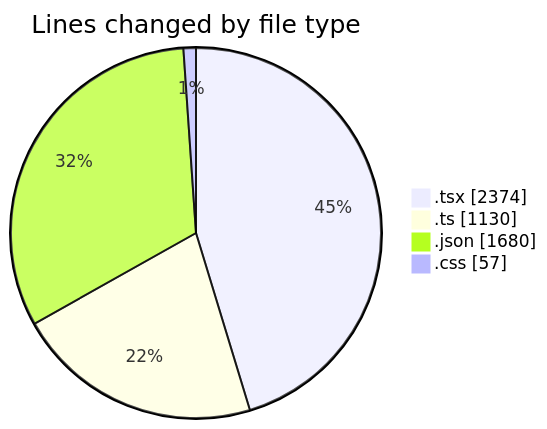
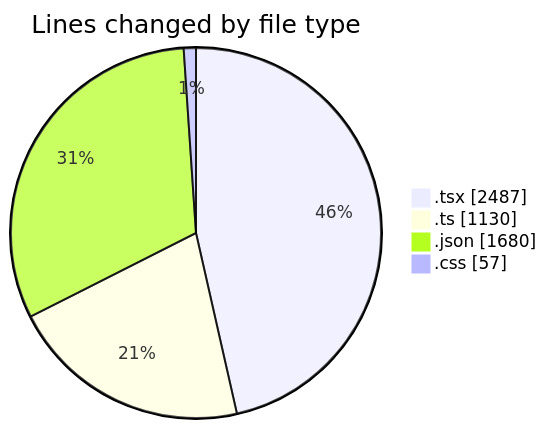
Before and after one commit to julien-gomy/code-tracking: the first of 2 diagrams in 2025-10-09/eventscop-frontend-guide__workspace_/README.md, drawn with Mermaid. The commit also changed other lines of this file and 1 other file, not shown here.

````diff
--- a/2025-10-09/eventscop-frontend-guide__workspace_/README.md
+++ b/2025-10-09/eventscop-frontend-guide__workspace_/README.md
@@ -44,8 +47,8 @@
 ```mermaid
 pie showData
 title Lines changed by file type
-".tsx" : 2374
+".tsx" : 2487
 ".ts" : 1130
 ".json" : 1680
 ".css" : 57
 ```
````
